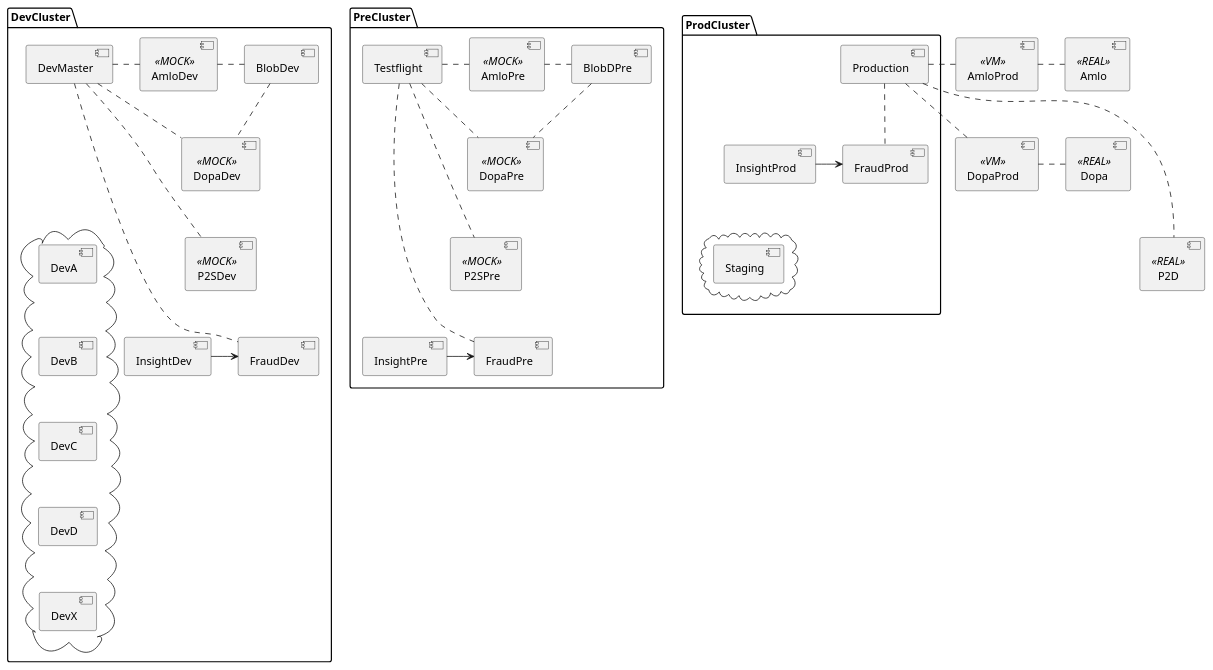
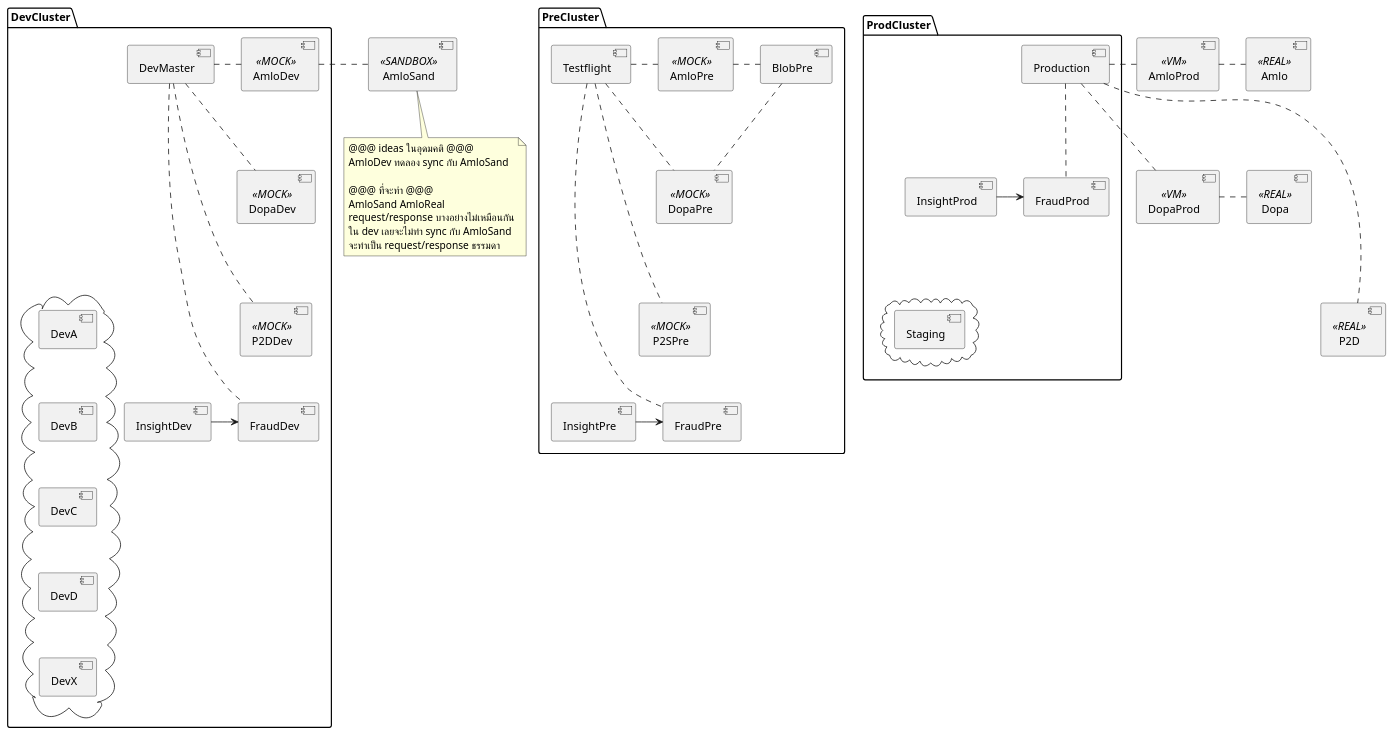
The diagram in repo-pipeline/isolated-ring/dev-and-prod.puml (BugLordTO/cart-ideas), drawn with PlantUML before and after one commit. The commit also changed 3 other files, not shown here.

```diff
--- a/repo-pipeline/isolated-ring/dev-and-prod.puml
+++ b/repo-pipeline/isolated-ring/dev-and-prod.puml
@@ -1,87 +1,97 @@
 @startuml dev-and-prod
+
+[AmloSand] <<SANDBOX>>
+note bottom of [AmloSand]
+@@@ ideas ในอุดมคติ @@@
+AmloDev ทดลอง sync กับ AmloSand
+
+@@@ ที่จะทำ @@@
+AmloSand AmloReal
+request/response บางอย่างไม่เหมือนกัน
+ใน dev เลยจะไม่ทำ sync กับ AmloSand
+จะทำเป็น request/response ธรรมดา
+end note
 
 package DevCluster {
     cloud {
         [DevA]
         [DevB]
         [DevC]
         [DevD]
         [DevX]
     }
     [DevMaster]
 
     [AmloDev] <<MOCK>>
     [DopaDev] <<MOCK>>
-    [P2SDev] <<MOCK>>
-    [BlobDev]
+    [P2DDev] <<MOCK>>
     [FraudDev]
     [InsightDev]
 
     [DevMaster] .r. [AmloDev]
-    [AmloDev] .r. [BlobDev]
+    [AmloDev] .r. [AmloSand]
     [DevMaster] .r. [DopaDev]
-    [DopaDev] .u. [BlobDev]
-    [DevMaster] .r. [P2SDev]
+    [DevMaster] .r. [P2DDev]
     [DevMaster] .r. [FraudDev]
     [FraudDev] <-l- [InsightDev]
 
     [AmloDev] .[hidden]. [DopaDev]
-    [DopaDev] .[hidden]. [P2SDev]
-    [P2SDev] .[hidden]. [FraudDev]
+    [DopaDev] .[hidden]. [P2DDev]
+    [P2DDev] .[hidden]. [FraudDev]
 
     [DevMaster] .[hidden].. [DevA]
     [DevA] .[hidden]. [DevB]
     [DevB] .[hidden]. [DevC]
     [DevC] .[hidden]. [DevD]
     [DevD] .[hidden]. [DevX]
     [DevD] .[hidden]. [DevX]
 }
 
 package PreCluster {
     [Testflight]
 
     [AmloPre] <<MOCK>>
     [DopaPre] <<MOCK>>
     [P2SPre] <<MOCK>>
-    [BlobDPre]
+    [BlobPre]
     [FraudPre]
     [InsightPre]
 
     [Testflight] .r. [AmloPre]
-    [AmloPre] .r. [BlobDPre]
+    [AmloPre] .r. [BlobPre]
     [Testflight] .r. [DopaPre]
-    [DopaPre] .u. [BlobDPre]
+    [DopaPre] .u. [BlobPre]
     [Testflight] .r. [P2SPre]
     [Testflight] .... [FraudPre]
     [FraudPre] <-l- [InsightPre]
 
     [AmloPre] .[hidden]. [DopaPre]
     [DopaPre] .[hidden]. [P2SPre]
 }
 
 [AmloProd] <<VM>>
 [Amlo] <<REAL>>
 [DopaProd] <<VM>>
 [Dopa] <<REAL>>
 [P2D] <<REAL>>
 
 package ProdCluster {
     cloud {
         [Staging]
     }
     [Production]
     [FraudProd]
     [InsightProd]
 
     [Production] .[hidden].. [Staging]
     [Production] .. [FraudProd]
     [FraudProd] <-l- [InsightProd]
 }
 
 [Production] . [AmloProd]
 [AmloProd] . [Amlo]
 [Production] .. [DopaProd]
 [DopaProd] . [Dopa]
 [Production] ... [P2D]
 
 @enduml
```
